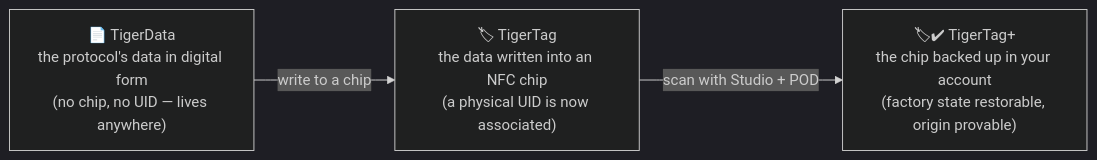
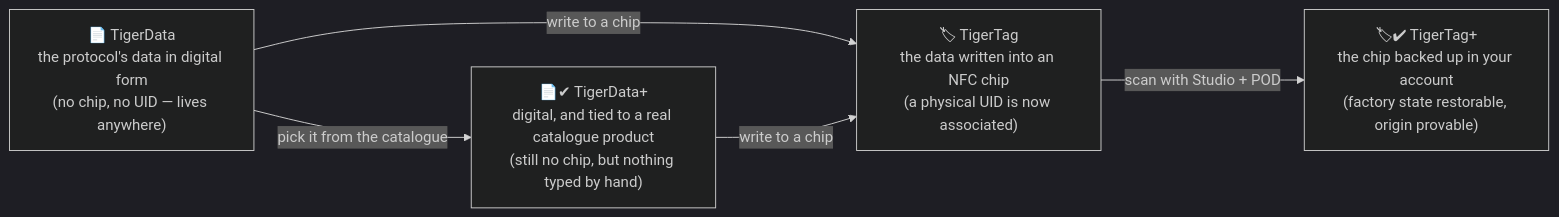
One commit to TigerTag-Project/TigerSystem-Docs changed the diagram in docs/concepts/universal-filament-identity.md. Above: the diagram before and after it, drawn with Mermaid (dark theme). The commit also changed other lines of this file and 2 other files, not shown here.

First line of the commit message:
Document TigerData+ and the .ttag required-record contract

````diff
--- a/docs/concepts/universal-filament-identity.md
+++ b/docs/concepts/universal-filament-identity.md
@@ -36,7 +36,10 @@
 ```mermaid
 flowchart LR
     TD["📄 TigerData<br/>the protocol's data in digital form<br/>(no chip, no UID — lives anywhere)"]
+    TDP["📄✔ TigerData+<br/>digital, and tied to a real catalogue product<br/>(still no chip, but nothing typed by hand)"]
     TT["🏷 TigerTag<br/>the data written into an NFC chip<br/>(a physical UID is now associated)"]
     TTP["🏷✔ TigerTag+<br/>the chip backed up in your account<br/>(factory state restorable, origin provable)"]
+    TD -- "pick it from the catalogue" --> TDP
     TD -- "write to a chip" --> TT -- "scan with Studio + POD" --> TTP
+    TDP -- "write to a chip" --> TT
 ```
````
